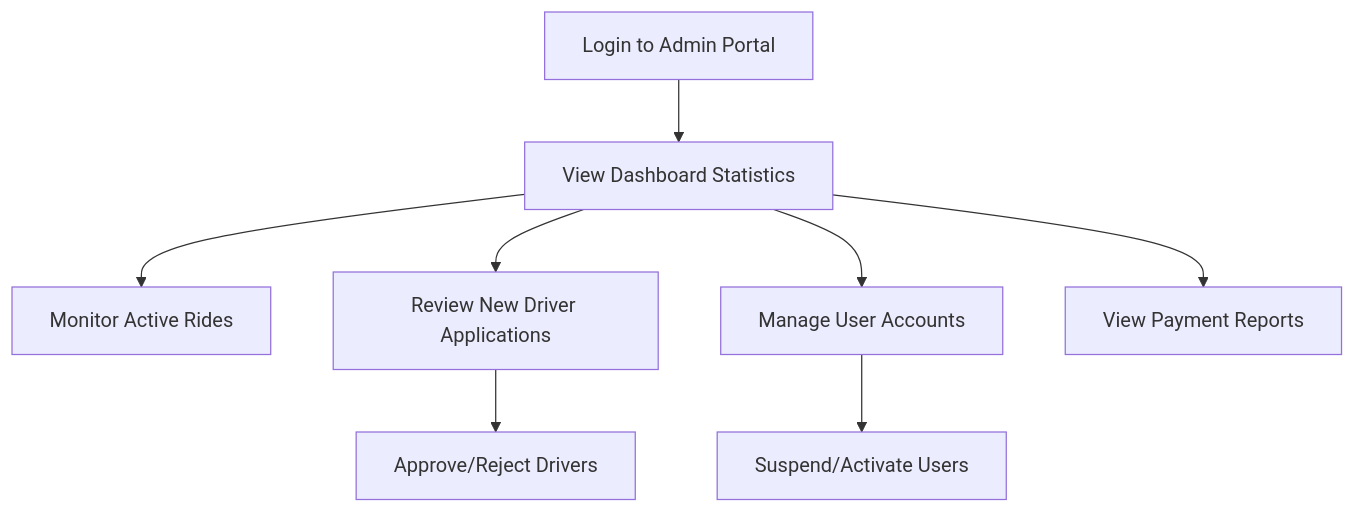
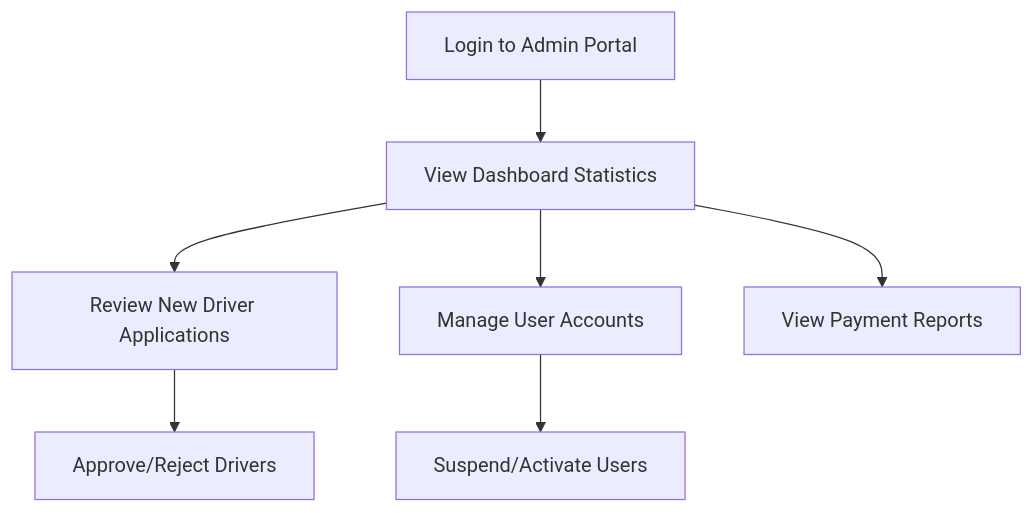
Before and after one commit to sharoika/Capstone: the seventh of 7 diagrams in _documentation/userInterationModel.md, drawn with Mermaid. The commit also changed other lines of this file, not shown here.

````diff
--- a/_documentation/userInterationModel.md
+++ b/_documentation/userInterationModel.md
@@ -116,10 +116,9 @@
 ```mermaid
 flowchart TD
     A[Login to Admin Portal] --> B[View Dashboard Statistics]
-    B --> C[Monitor Active Rides]
     B --> D[Review New Driver Applications]
     D --> E[Approve/Reject Drivers]
     B --> F[Manage User Accounts]
     F --> G[Suspend/Activate Users]
     B --> H[View Payment Reports]
 ```
````
